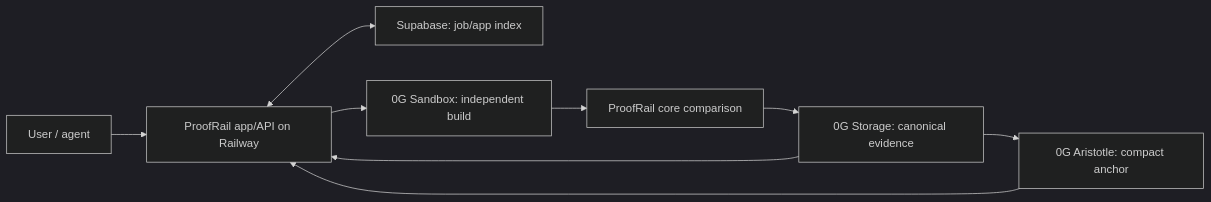
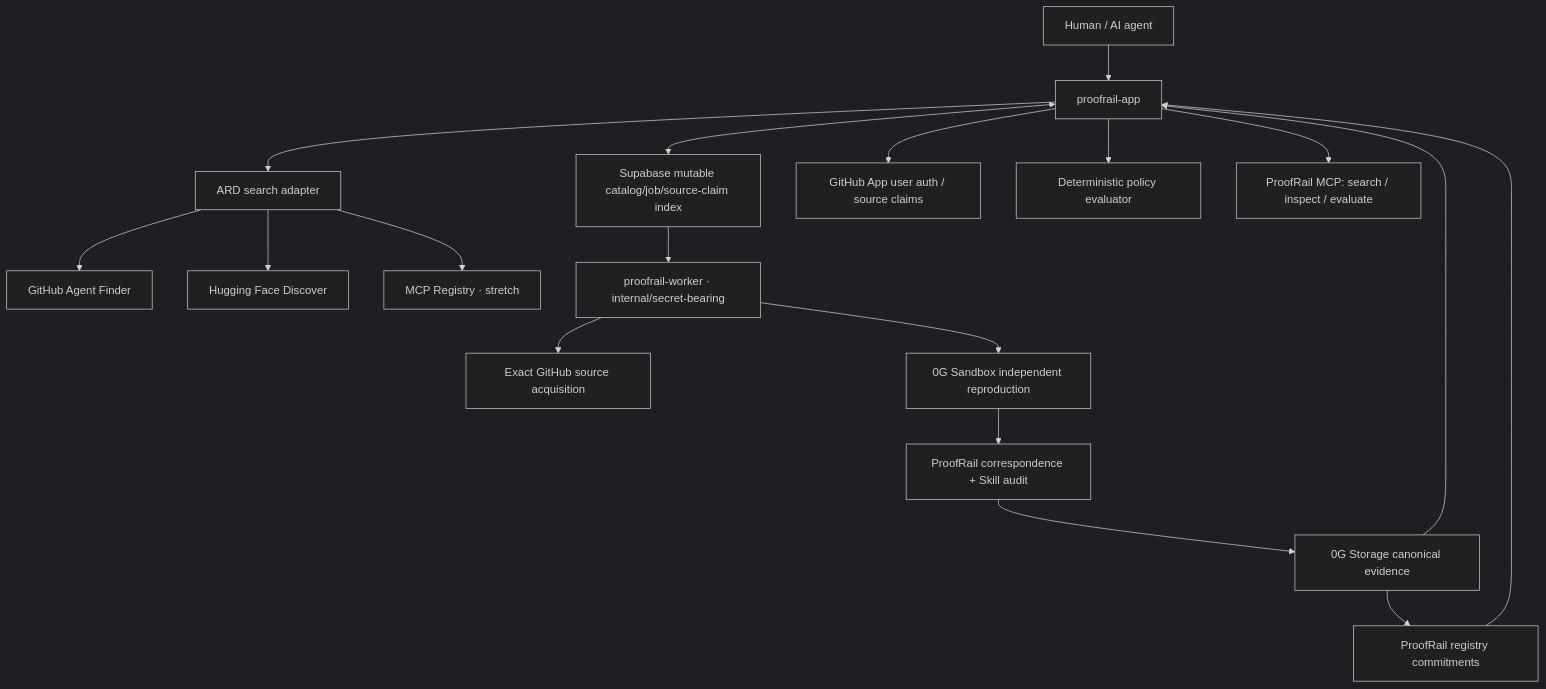
The second of 2 diagrams in docs/03-architecture.md (Ollie202/aegisone), drawn with Mermaid (dark theme) before and after one commit. The commit also changed other lines of this file, not shown here.

Commit message:
docs: reconcile architecture with M8 backend-first Hub

````diff
--- a/docs/03-architecture.md
+++ b/docs/03-architecture.md
@@ -37,11 +41,20 @@
 ```mermaid
-flowchart LR
-  U["User / agent"] --> A["ProofRail app/API on Railway"]
-  A <--> S["Supabase: job/app index"]
-  A --> Z["0G Sandbox: independent build"]
-  Z --> C["ProofRail core comparison"]
-  C --> O["0G Storage: canonical evidence"]
-  O --> R["0G Aristotle: compact anchor"]
+flowchart TD
+  U["Human / AI agent"] --> A["proofrail-app"]
+  A --> ARD["ARD search adapter"]
+  ARD --> AF["GitHub Agent Finder"]
+  ARD --> HF["Hugging Face Discover"]
+  ARD --> MR["MCP Registry · stretch"]
+  A <--> S["Supabase mutable catalog/job/source-claim index"]
+  A --> GH["GitHub App user auth / source claims"]
+  A --> POL["Deterministic policy evaluator"]
+  A --> MCP["ProofRail MCP: search / inspect / evaluate"]
+  S --> W["proofrail-worker · internal/secret-bearing"]
+  W --> SRC["Exact GitHub source acquisition"]
+  W --> Z["0G Sandbox independent reproduction"]
+  Z --> C["ProofRail correspondence + Skill audit"]
+  C --> O["0G Storage canonical evidence"]
+  O --> R["ProofRail registry commitments"]
   O --> A
   R --> A
 ```
````
